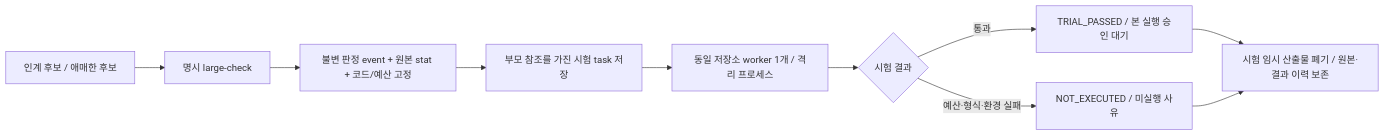
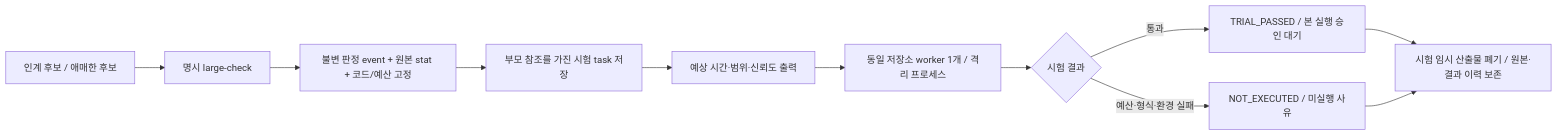
The diagram in docs/LARGE_FILE_ENGINE.md (jaeu983-lang/MacroAtlas), drawn with Mermaid before and after one commit. The commit also changed other lines of this file and 19 other files, not shown here.

````diff
--- a/docs/LARGE_FILE_ENGINE.md
+++ b/docs/LARGE_FILE_ENGINE.md
@@ -25,12 +25,13 @@
 ```mermaid
 flowchart LR
     A[인계 후보 / 애매한 후보] --> B[명시 large-check]
     B --> C[불변 판정 event + 원본 stat + 코드/예산 고정]
     C --> D[부모 참조를 가진 시험 task 저장]
-    D --> E[동일 저장소 worker 1개 / 격리 프로세스]
+    D --> P[예상 시간·범위·신뢰도 출력]
+    P --> E[동일 저장소 worker 1개 / 격리 프로세스]
     E --> F{시험 결과}
     F -->|통과| G[TRIAL_PASSED / 본 실행 승인 대기]
     F -->|예산·형식·환경 실패| H[NOT_EXECUTED / 미실행 사유]
     G --> I[시험 임시 산출물 폐기 / 원본·결과 이력 보존]
     H --> I
 ```
````
